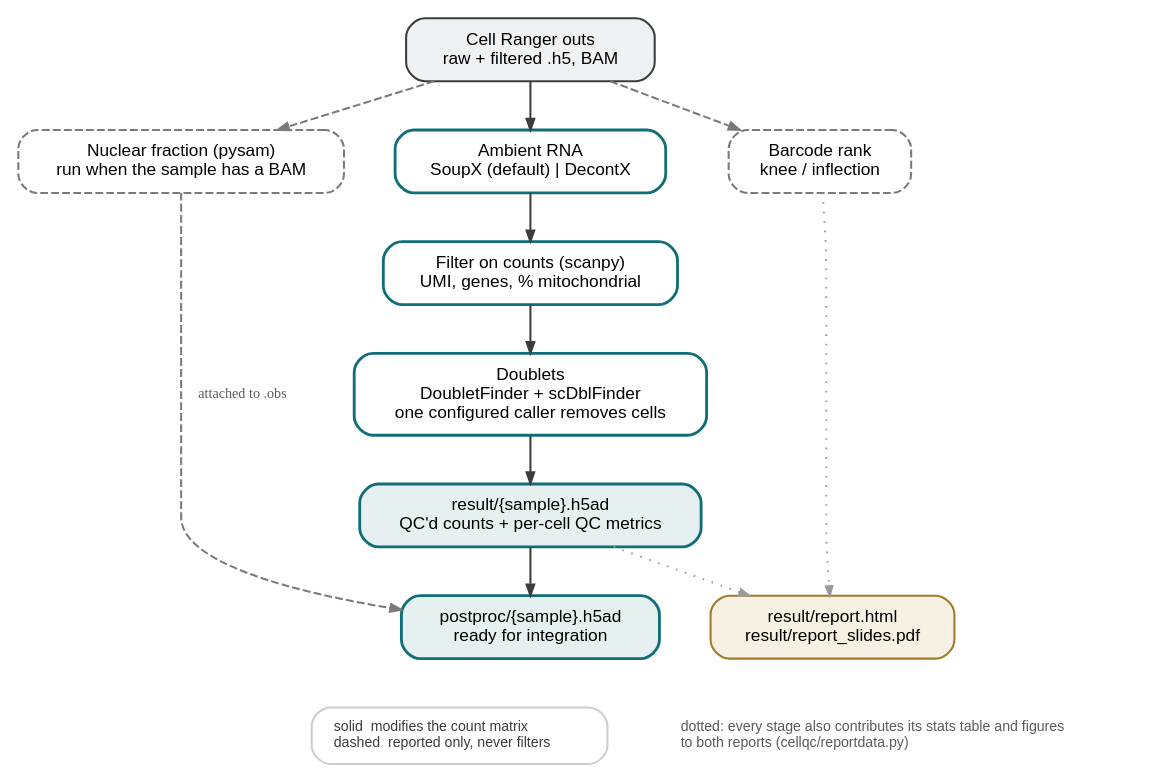
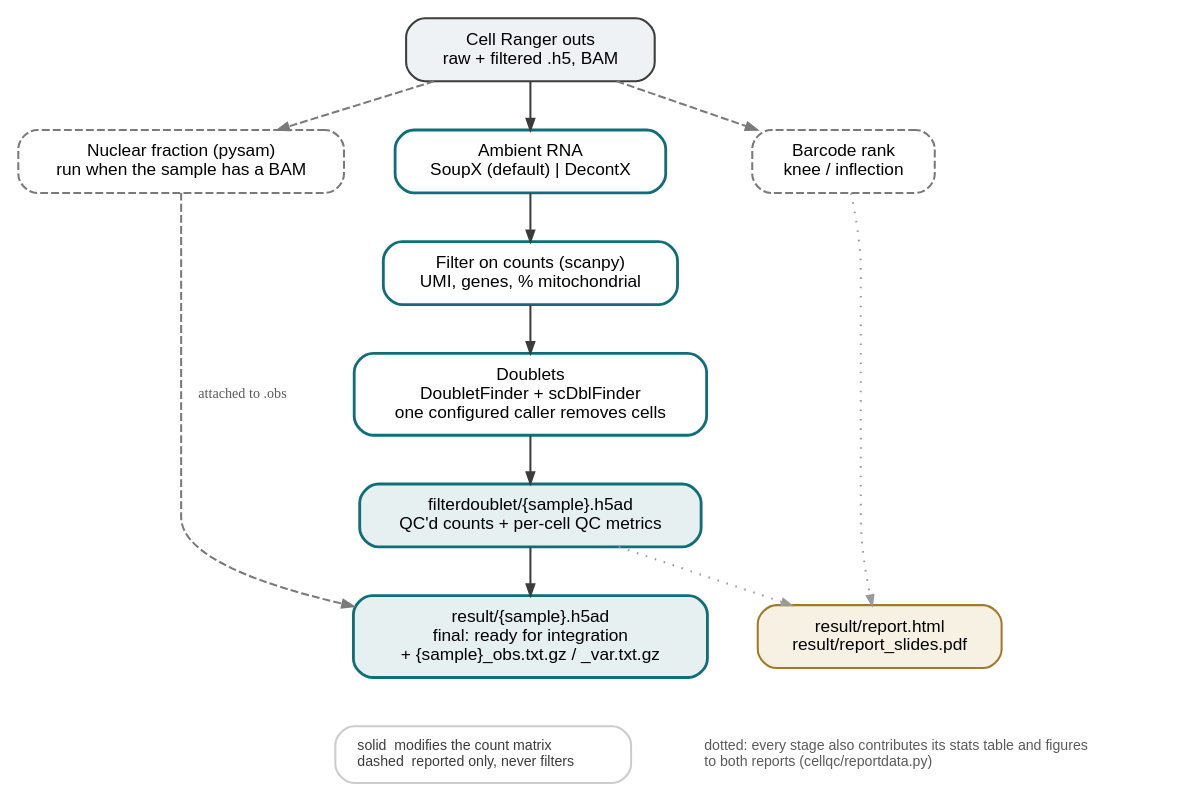
Before and after one commit to lijinbio/cellqc: the diagram in docs/workflow.dot, drawn with Graphviz. The commit also changed 19 other files, not shown here.

```diff
--- a/docs/workflow.dot
+++ b/docs/workflow.dot
@@ -1,66 +1,66 @@
 /* cellqc v0.2.0 pipeline overview -- source for docs/workflow.png.
  *
  * Regenerate with docs/make_figures.sh (or: dot -Tpng -Gdpi=300 docs/workflow.dot
  * -o docs/workflow.png). Keeping the source in the repo is why the v0.1.0
  * diagram could go stale for a whole release: it existed only as a PNG.
  *
  * The one distinction the diagram has to carry is which steps touch the counts.
  * Solid = the count matrix is modified. Dashed = computed and reported, never
  * used to drop a cell.
  */
 digraph cellqc {
 	graph [bgcolor=white, rankdir=TB, nodesep=0.45, ranksep=0.40, fontname="Helvetica"];
 	node [shape=box, style="rounded,filled", fillcolor="#ffffff", color="#3c3c3c",
 		fontname="Helvetica", fontsize=11, penwidth=1.3, margin="0.20,0.11"];
 	edge [color="#3c3c3c", penwidth=1.3, arrowsize=0.7];
 
 	cr [label="Cell Ranger outs\nraw + filtered .h5, BAM", fillcolor="#eef2f4"];
 
 	/* Counts path: each of these rewrites the matrix. */
 	ambient [label="Ambient RNA\nSoupX (default) | DecontX", color="#106e78", penwidth=1.8];
 	filter  [label="Filter on counts (scanpy)\nUMI, genes, % mitochondrial", color="#106e78", penwidth=1.8];
 	doublet [label="Doublets\nDoubletFinder + scDblFinder\none configured caller removes cells",
 		color="#106e78", penwidth=1.8];
-	result  [label="result/{sample}.h5ad\nQC'd counts + per-cell QC metrics",
+	result  [label="filterdoublet/{sample}.h5ad\nQC'd counts + per-cell QC metrics",
 		fillcolor="#e6f0f1", color="#106e78", penwidth=1.8];
-	post    [label="postproc/{sample}.h5ad\nready for integration",
+	post    [label="result/{sample}.h5ad\nfinal: ready for integration\n+ {sample}_obs.txt.gz / _var.txt.gz",
 		fillcolor="#e6f0f1", color="#106e78", penwidth=1.8];
 
 	/* Diagnostics: reported, never applied. */
 	knee [label="Barcode rank\nknee / inflection",
 		style="rounded,dashed,filled", color="#7a7a7a"];
 	nf   [label="Nuclear fraction (pysam)\nrun when the sample has a BAM",
 		style="rounded,dashed,filled", color="#7a7a7a"];
 
 	reports [label="result/report.html\nresult/report_slides.pdf",
 		fillcolor="#f7f1e4", color="#a07a28"];
 
 	/* Main chain, weighted so it stays a straight vertical spine. */
 	cr -> ambient [weight=10];
 	ambient -> filter [weight=10];
 	filter -> doublet [weight=10];
 	doublet -> result [weight=10];
 	result -> post [weight=10];
 
 	cr -> knee [style=dashed, color="#7a7a7a"];
 	cr -> nf   [style=dashed, color="#7a7a7a"];
 	nf -> post [style=dashed, color="#7a7a7a", label=" attached to .obs",
 		fontsize=9, fontcolor="#5a5a5a"];
 
 	/* Both reports are built from one collected set of stats, so the HTML and
 	 * the slides cannot describe different runs. */
 	result -> reports [style=dotted, color="#9a9a9a", arrowsize=0.6];
 	knee   -> reports [style=dotted, color="#9a9a9a", arrowsize=0.6];
 
 	note [shape=plaintext, style="", fontsize=9, fontcolor="#5a5a5a",
 		label="dotted: every stage also contributes its stats table and figures\lto both reports (cellqc/reportdata.py)\l"];
 	reports -> note [style=invis];
 
 	legend [shape=box, style="rounded", color="#cccccc", fontsize=9, fontcolor="#3c3c3c",
 		label="solid  modifies the count matrix\ldashed  reported only, never filters\l"];
 	post -> legend [style=invis];
 
 	{ rank=same; knee; ambient; nf; }
 	{ rank=same; post; reports; }
 	{ rank=same; legend; note; }
 }
```
